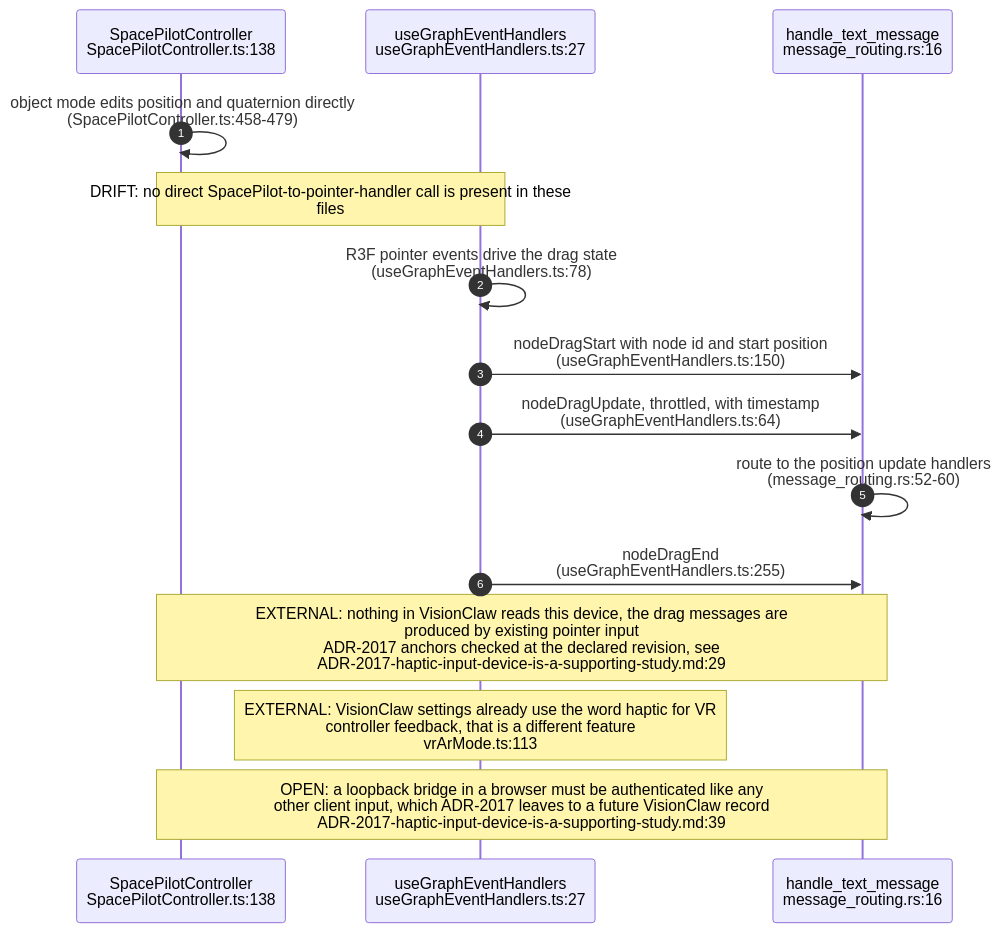
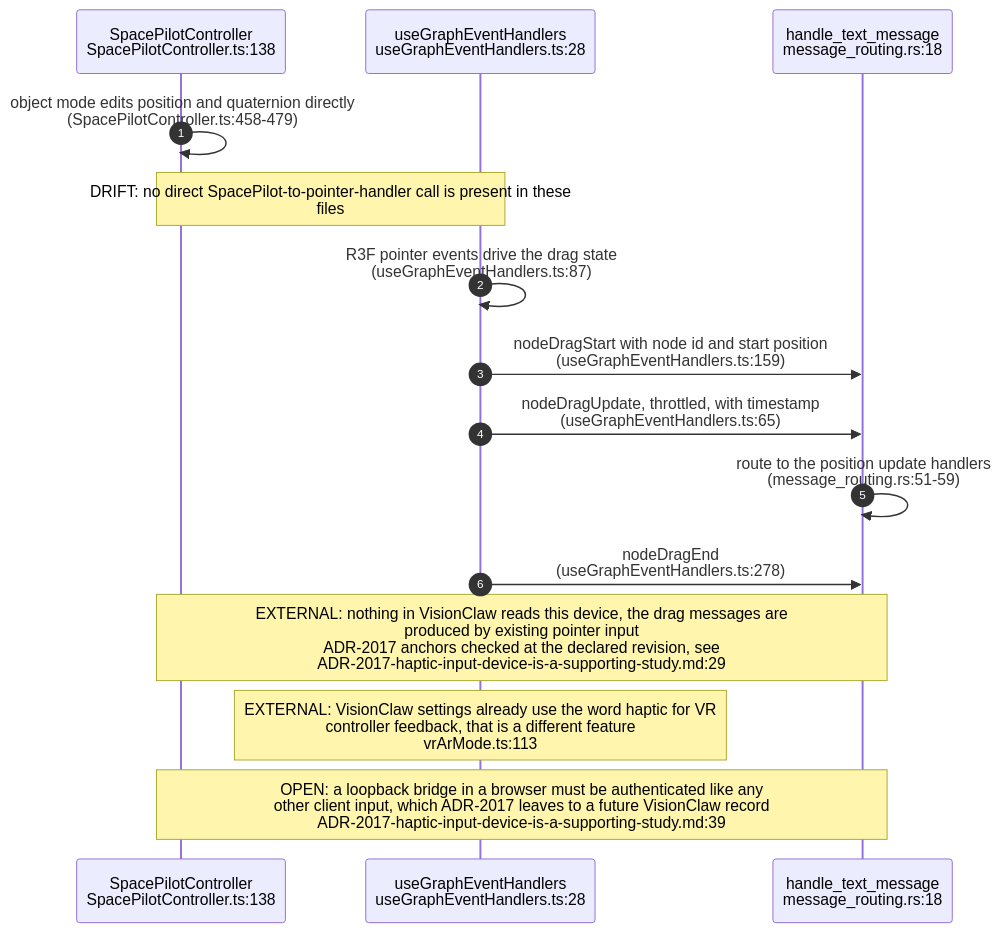
One commit to DreamLab-AI/VisionFlow changed the third of 4 diagrams in docs/diagrams/visiontouch-rs/07-estate-position-and-future-visionclaw-grab-path.md. Above: the diagram before and after it, drawn with Mermaid. The commit also changed other lines of this file and 154 other files, not shown here.

First line of the commit message:
docs(diagrams): re-stamp 154 topics whose every citation still reads the same text at the current heads

````diff
--- a/docs/diagrams/visiontouch-rs/07-estate-position-and-future-visionclaw-grab-path.md
+++ b/docs/diagrams/visiontouch-rs/07-estate-position-and-future-visionclaw-grab-path.md
@@ -92,17 +92,17 @@
 ```mermaid
 sequenceDiagram
     autonumber
     participant SP as SpacePilotController<br/>SpacePilotController.ts:138
-    participant HK as useGraphEventHandlers<br/>useGraphEventHandlers.ts:27
-    participant RT as handle_text_message<br/>message_routing.rs:16
+    participant HK as useGraphEventHandlers<br/>useGraphEventHandlers.ts:28
+    participant RT as handle_text_message<br/>message_routing.rs:18
     SP->>SP: object mode edits position and quaternion directly<br/>(SpacePilotController.ts:458-479)
     Note over SP,HK: DRIFT: no direct SpacePilot-to-pointer-handler call is present in these<br/>files
-    HK->>HK: R3F pointer events drive the drag state<br/>(useGraphEventHandlers.ts:78)
-    HK->>RT: nodeDragStart with node id and start position<br/>(useGraphEventHandlers.ts:150)
-    HK->>RT: nodeDragUpdate, throttled, with timestamp<br/>(useGraphEventHandlers.ts:64)
-    RT->>RT: route to the position update handlers<br/>(message_routing.rs:52-60)
-    HK->>RT: nodeDragEnd<br/>(useGraphEventHandlers.ts:255)
+    HK->>HK: R3F pointer events drive the drag state<br/>(useGraphEventHandlers.ts:87)
+    HK->>RT: nodeDragStart with node id and start position<br/>(useGraphEventHandlers.ts:159)
+    HK->>RT: nodeDragUpdate, throttled, with timestamp<br/>(useGraphEventHandlers.ts:65)
+    RT->>RT: route to the position update handlers<br/>(message_routing.rs:51-59)
+    HK->>RT: nodeDragEnd<br/>(useGraphEventHandlers.ts:278)
     Note over SP,RT: EXTERNAL: nothing in VisionClaw reads this device, the drag messages are<br/>produced by existing pointer input<br/>ADR-2017 anchors checked at the declared revision, see<br/>ADR-2017-haptic-input-device-is-a-supporting-study.md:29
     Note over HK: EXTERNAL: VisionClaw settings already use the word haptic for VR<br/>controller feedback, that is a different feature<br/>vrArMode.ts:113
     Note over SP,RT: OPEN: a loopback bridge in a browser must be authenticated like any<br/>other client input, which ADR-2017 leaves to a future VisionClaw record<br/>ADR-2017-haptic-input-device-is-a-supporting-study.md:39
 ```
````
